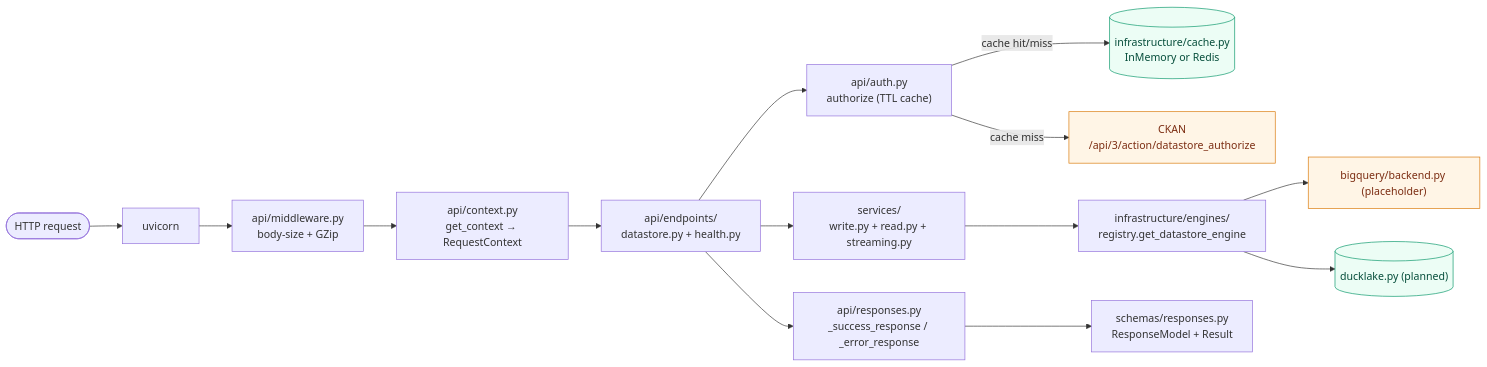
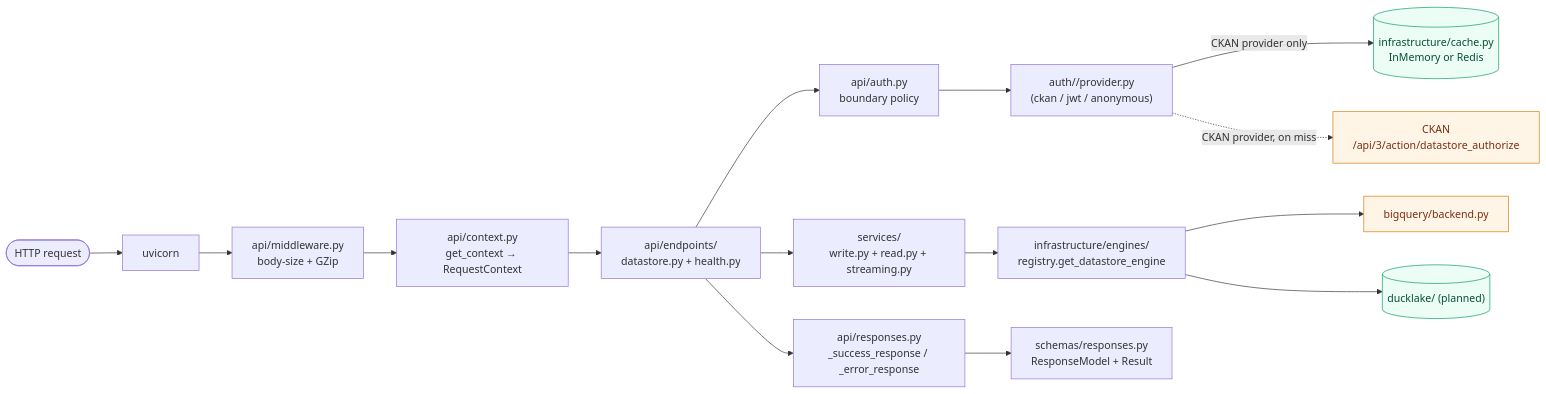
One commit to datopian/datastore changed the second of 2 diagrams in CLAUDE.md. Above: the diagram before and after it, drawn with Mermaid. The commit also changed other lines of this file and 30 other files, not shown here.

First line of the commit message:
Feat (auth): pluggable auth providers (ckan / jwt / anonymous)

````diff
--- a/CLAUDE.md
+++ b/CLAUDE.md
@@ -290,21 +336,22 @@
 ```mermaid
 flowchart LR
     HTTP([HTTP request]) --> Uvicorn["uvicorn"]
     Uvicorn --> MW["api/middleware.py\nbody-size + GZip"]
     MW --> Ctx["api/context.py\nget_context → RequestContext"]
     Ctx --> Routes["api/endpoints/\ndatastore.py + health.py"]
-    Routes --> Auth["api/auth.py\nauthorize (TTL cache)"]
-    Auth -->|cache hit/miss| Cache[("infrastructure/cache.py\nInMemory or Redis")]
-    Auth -->|cache miss| CKANSvc["CKAN\n/api/3/action/datastore_authorize"]
+    Routes --> Auth["api/auth.py\nboundary policy"]
+    Auth --> Provider["auth/<AUTH_TYPE>/provider.py\n(ckan / jwt / anonymous)"]
+    Provider -->|CKAN provider only| Cache[("infrastructure/cache.py\nInMemory or Redis")]
+    Provider -.->|CKAN provider, on miss| CKANSvc["CKAN\n/api/3/action/datastore_authorize"]
     Routes --> Svc["services/\nwrite.py + read.py + streaming.py"]
     Svc --> Eng["infrastructure/engines/\nregistry.get_datastore_engine"]
-    Eng --> BQ["bigquery/backend.py (placeholder)"]
-    Eng --> DL[("ducklake.py (planned)")]
+    Eng --> BQ["bigquery/backend.py"]
+    Eng --> DL[("ducklake/ (planned)")]
     Routes --> Resp["api/responses.py\n_success_response / _error_response"]
     Resp --> Schema["schemas/responses.py\nResponseModel + Result"]
 
     classDef ext fill:#fff5e6,stroke:#d97706,color:#7c2d12
     classDef store fill:#ecfdf5,stroke:#059669,color:#064e3b
     class CKANSvc,BQ ext
     class Cache,DL store
 ```
````
